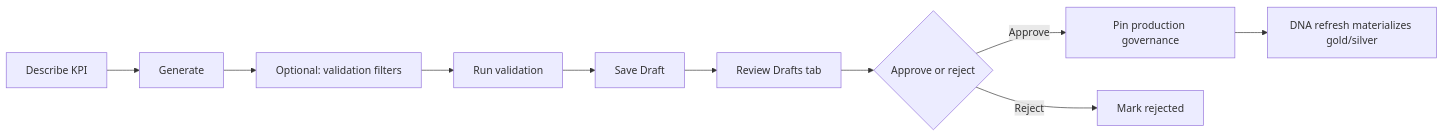
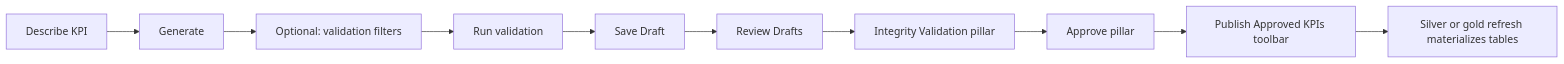
Before and after one commit to JeremiahDavid/glue: the diagram in docs/kpi-generator.md, drawn with Mermaid. The commit also changed other lines of this file and 7 other files, not shown here.

Commit message:
Kanban style aproval of kpis with bulk publish

````diff
--- a/docs/kpi-generator.md
+++ b/docs/kpi-generator.md
@@ -24,12 +24,12 @@
 ```mermaid
 flowchart LR
   A[Describe KPI] --> B[Generate]
   B --> C[Optional: validation filters]
   C --> D[Run validation]
   D --> E[Save Draft]
-  E --> F[Review Drafts tab]
-  F --> G{Approve or reject}
-  G -->|Approve| H[Pin production governance]
-  G -->|Reject| I[Mark rejected]
-  H --> J[DNA refresh materializes gold/silver]
+  E --> F[Review Drafts]
+  F --> G[Integrity Validation pillar]
+  G --> H[Approve pillar]
+  H --> I[Publish Approved KPIs toolbar]
+  I --> J[Silver or gold refresh materializes tables]
 ```
````
